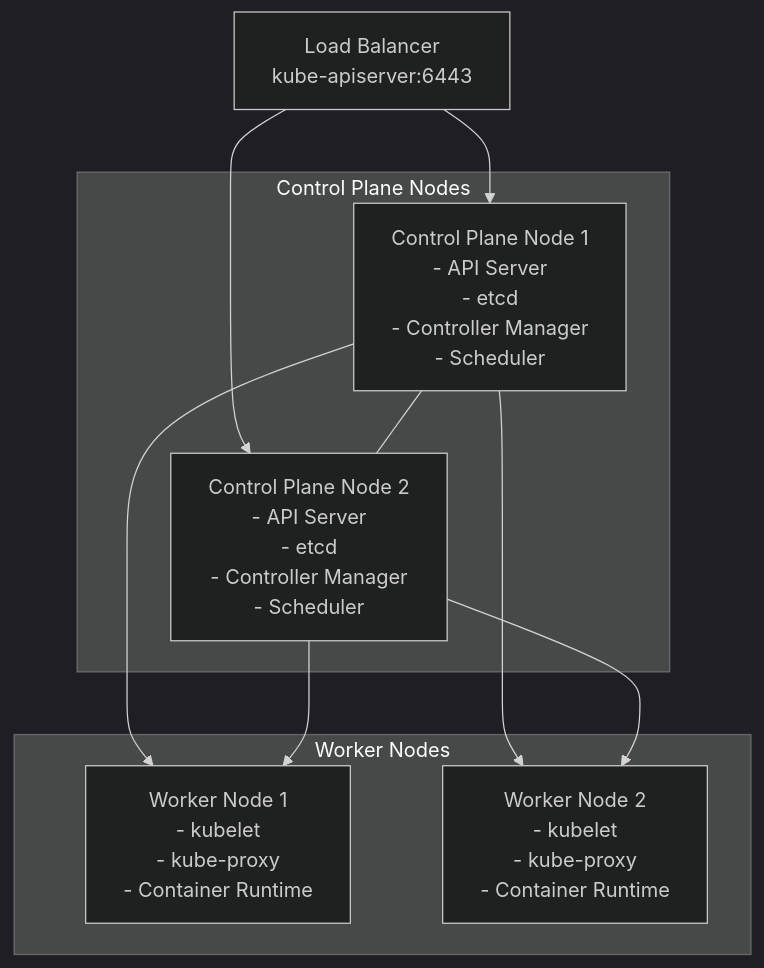
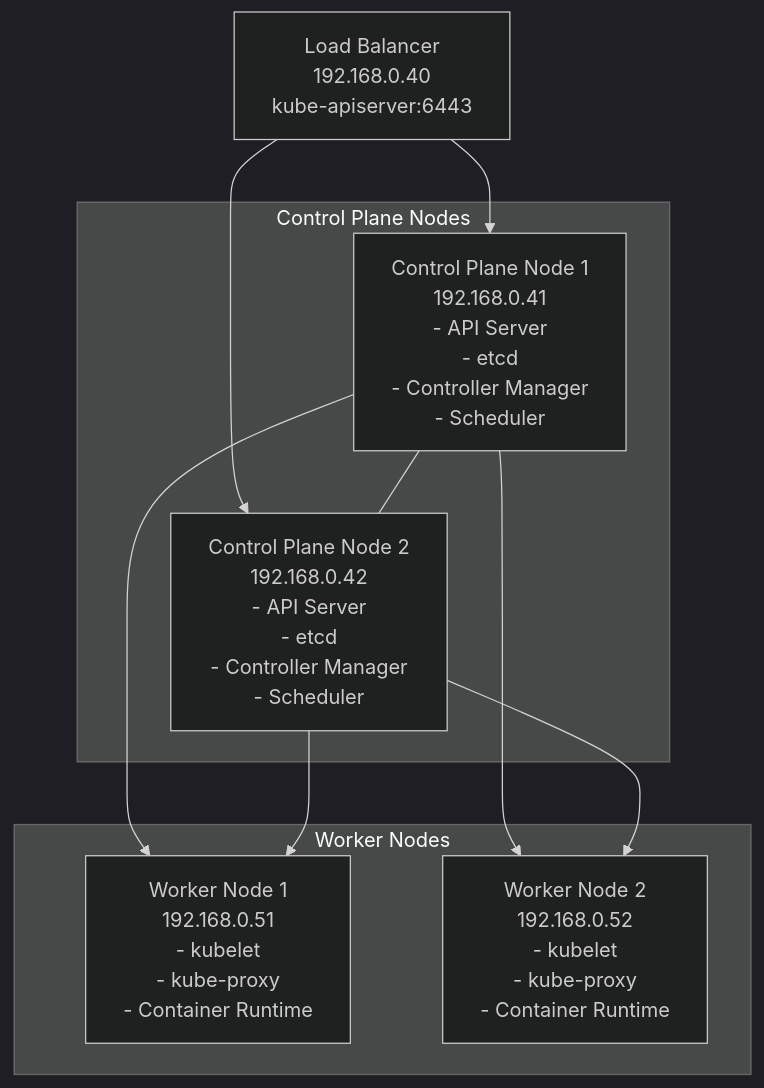
Before and after one commit to codesenju/kubelab: the diagram in README.md, drawn with Mermaid (dark theme). The commit also changed other lines of this file and 4 other files, not shown here.

````diff
--- a/README.md
+++ b/README.md
@@ -6,22 +5,23 @@
 ```mermaid
 graph TD
     subgraph "Control Plane Nodes"
-        CP1[Control Plane Node 1<br/>- API Server<br/>- etcd<br/>- Controller Manager<br/>- Scheduler]
-        CP2[Control Plane Node 2<br/>- API Server<br/>- etcd<br/>- Controller Manager<br/>- Scheduler]
+        CP1[Control Plane Node 1<br/>192.168.0.41<br/>- API Server<br/>- etcd<br/>- Controller Manager<br/>- Scheduler]
+        CP2[Control Plane Node 2<br/>192.168.0.42<br/>- API Server<br/>- etcd<br/>- Controller Manager<br/>- Scheduler]
     end
 
     subgraph "Worker Nodes"
-        W1[Worker Node 1<br/>- kubelet<br/>- kube-proxy<br/>- Container Runtime]
-        W2[Worker Node 2<br/>- kubelet<br/>- kube-proxy<br/>- Container Runtime]
+        W1[Worker Node 1<br/>192.168.0.51<br/>- kubelet<br/>- kube-proxy<br/>- Container Runtime]
+        W2[Worker Node 2<br/>192.168.0.52<br/>- kubelet<br/>- kube-proxy<br/>- Container Runtime]
     end
 
-    LB[Load Balancer<br/>kube-apiserver:6443]
+    LB[Load Balancer<br/>192.168.0.40<br/>kube-apiserver:6443]
 
     LB --> CP1
     LB --> CP2
     CP1 --- CP2
     CP1 --> W1
     CP1 --> W2
     CP2 --> W1
     CP2 --> W2
+
 ```
````
